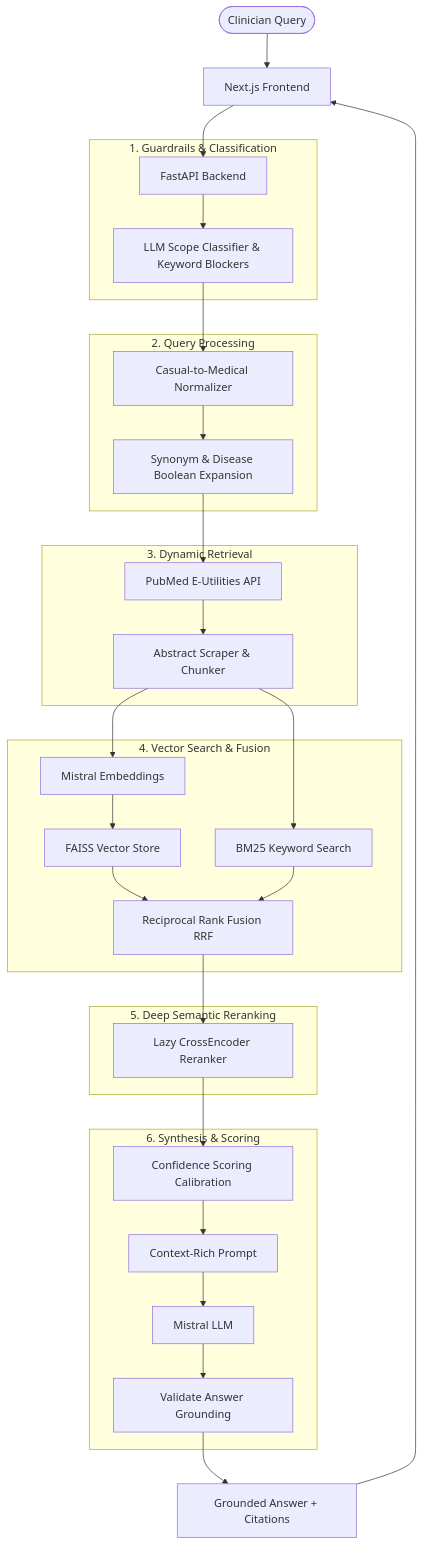
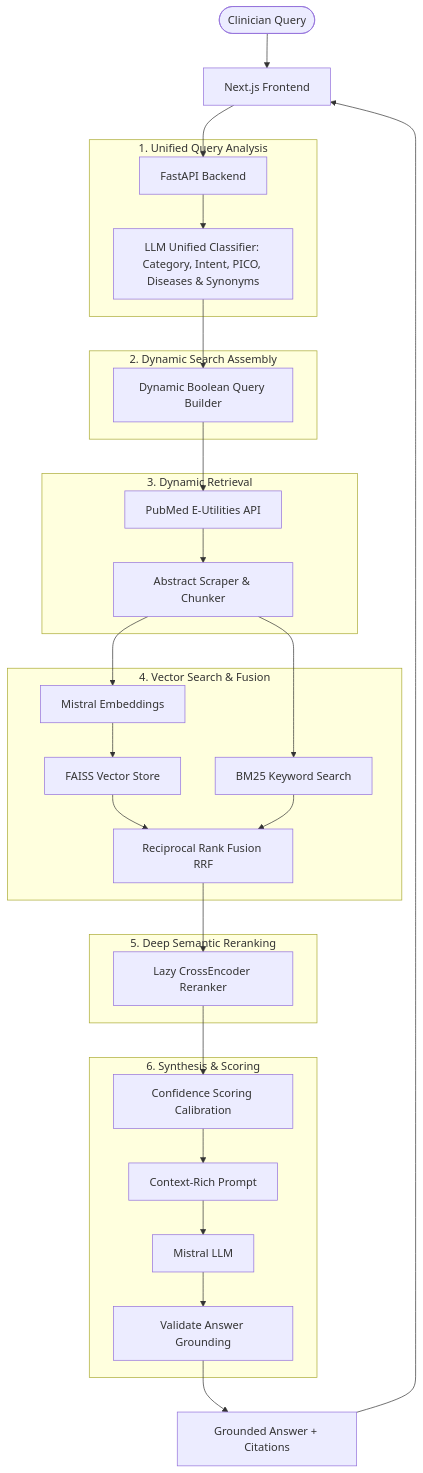
One commit to shashwat0010/rag-chatbot-updated changed the diagram in README.md. Above: the diagram before and after it, drawn with Mermaid. The commit also changed other lines of this file, not shown here.

Commit message:
Update README system architecture flowchart and key feature descriptions

````diff
--- a/README.md
+++ b/README.md
@@ -15,40 +15,39 @@
 ```mermaid
 flowchart TD
     User([Clinician Query]) --> UI[Next.js Frontend]
     UI --> API[FastAPI Backend]
     
-    subgraph "1. Guardrails & Classification"
-        API --> Guard[LLM Scope Classifier & Keyword Blockers]
+    subgraph "1. Unified Query Analysis"
+        API --> Guard[LLM Unified Classifier: Category, Intent, PICO, Diseases & Synonyms]
     end
     
-    subgraph "2. Query Processing"
-        Guard --> Normalizer[Casual-to-Medical Normalizer]
-        Normalizer --> Expansion[Synonym & Disease Boolean Expansion]
+    subgraph "2. Dynamic Search Assembly"
+        Guard --> Assembler[Dynamic Boolean Query Builder]
     end
     
     subgraph "3. Dynamic Retrieval"
-        Expansion --> PubMed[PubMed E-Utilities API]
+        Assembler --> PubMed[PubMed E-Utilities API]
         PubMed --> Scraper[Abstract Scraper & Chunker]
     end
     
     subgraph "4. Vector Search & Fusion"
         Scraper --> Embeddings[Mistral Embeddings]
         Embeddings --> FAISS[FAISS Vector Store]
         Scraper --> BM25[BM25 Keyword Search]
         FAISS & BM25 --> RRF[Reciprocal Rank Fusion RRF]
     end
     
     subgraph "5. Deep Semantic Reranking"
         RRF --> Reranker[Lazy CrossEncoder Reranker]
     end
     
     subgraph "6. Synthesis & Scoring"
         Reranker --> Calibration[Confidence Scoring Calibration]
         Calibration --> Prompt[Context-Rich Prompt]
         Prompt --> LLM[Mistral LLM]
         LLM --> Grounding[Validate Answer Grounding]
     end
     
     Grounding --> Response[Grounded Answer + Citations]
     Response --> UI
 ```
````
